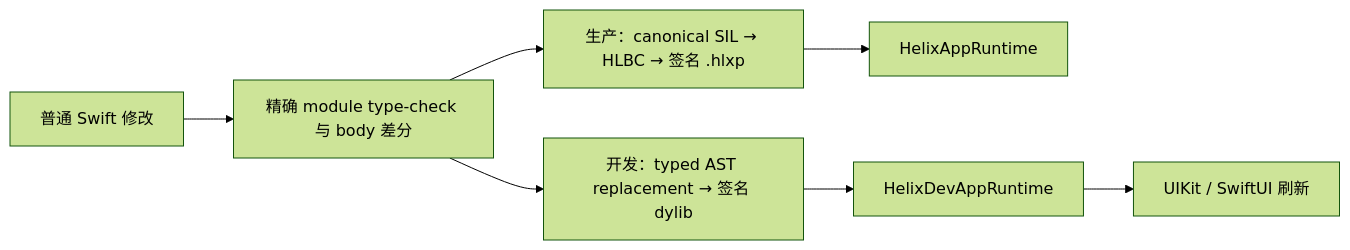
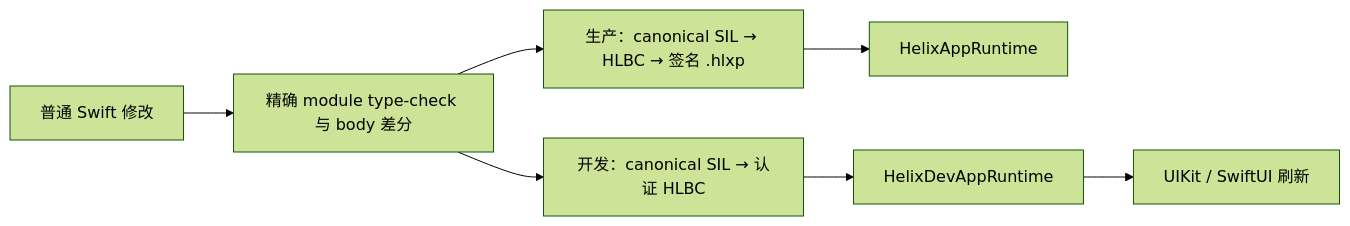
One commit to TangentW/Helix changed the diagram in README.zh-CN.md. Above: the diagram before and after it, drawn with Mermaid (forest theme). The commit also changed other lines of this file and 104 other files, not shown here.

````diff
--- a/README.zh-CN.md
+++ b/README.zh-CN.md
@@ -20,9 +20,9 @@
 ```mermaid
 flowchart LR
     S["普通 Swift 修改"] --> C["精确 module type-check 与 body 差分"]
     C --> P["生产：canonical SIL → HLBC → 签名 .hlxp"]
-    C --> D["开发：typed AST replacement → 签名 dylib"]
+    C --> D["开发：canonical SIL → 认证 HLBC"]
     P --> R["HelixAppRuntime"]
     D --> DR["HelixDevAppRuntime"]
     DR --> UI["UIKit / SwiftUI 刷新"]
 ```
````
